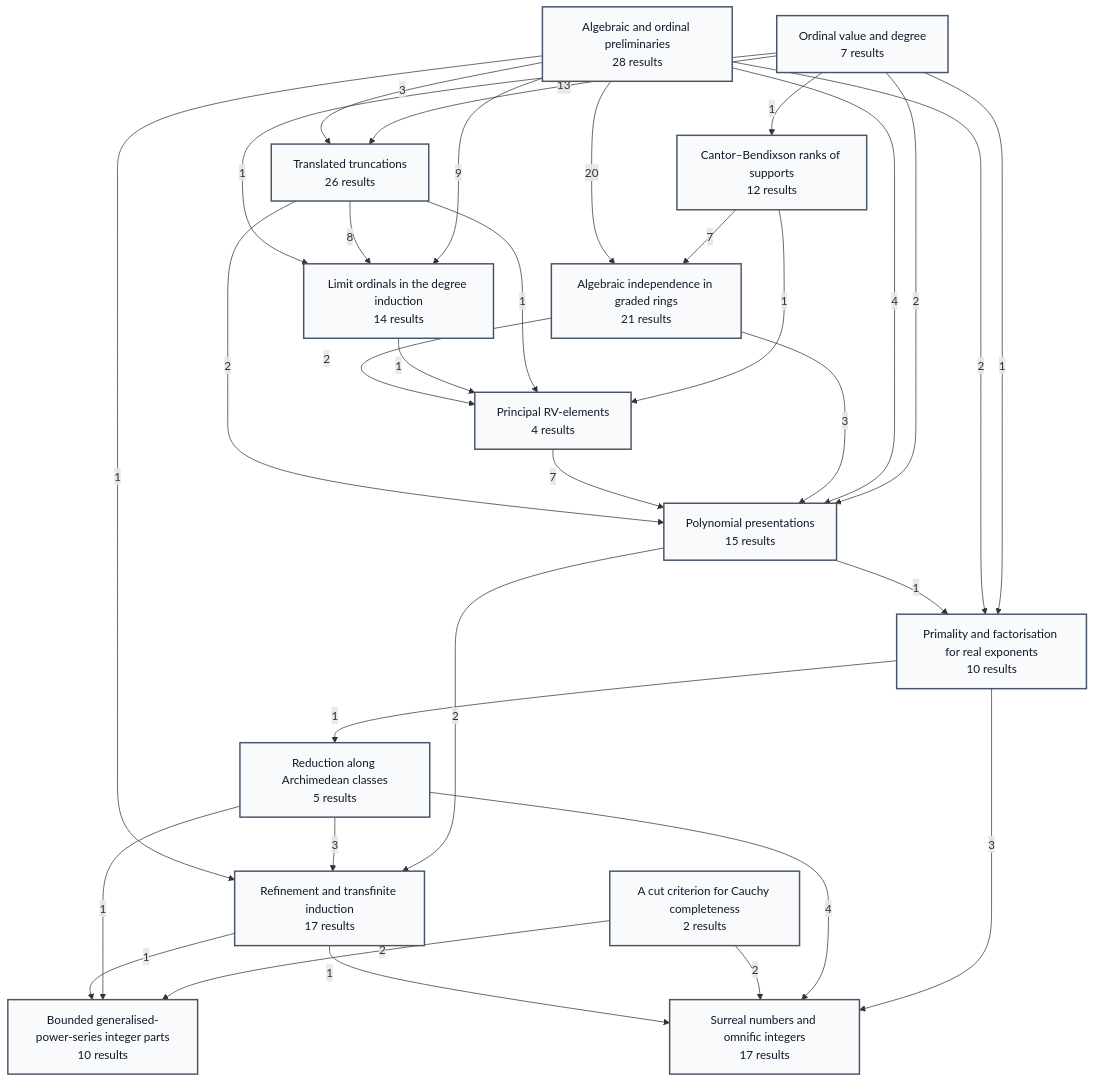
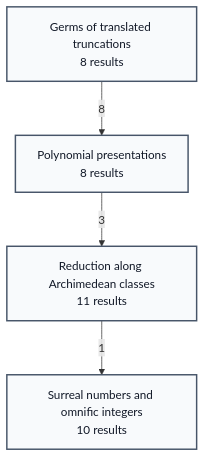
One commit to gaearon/conway-refinement changed the first of 5 diagrams in README.md. Above: the diagram before and after it, drawn with Mermaid. The commit also changed other lines of this file and 699 other files, not shown here.

````diff
--- a/README.md
+++ b/README.md
@@ -180,66 +168,18 @@
 ```mermaid
 %% Generated by scripts/blueprint.sh; do not edit.
 %% Edge labels count visible result dependencies.
 flowchart TB
-  p0["Algebraic and ordinal preliminaries<br/>28 results"]:::phase
-  p1["Ordinal value and degree<br/>7 results"]:::phase
-  p2["Cantor–Bendixson ranks of supports<br/>12 results"]:::phase
-  p3["Algebraic independence in graded rings<br/>21 results"]:::phase
-  p4["Translated truncations<br/>26 results"]:::phase
-  p5["Limit ordinals in the degree induction<br/>14 results"]:::phase
-  p6["Principal RV-elements<br/>4 results"]:::phase
-  p7["Polynomial presentations<br/>15 results"]:::phase
-  p8["Primality and factorisation for real exponents<br/>10 results"]:::phase
-  p9["Reduction along Archimedean classes<br/>5 results"]:::phase
-  p10["Refinement and transfinite induction<br/>17 results"]:::phase
-  p11["A cut criterion for Cauchy completeness<br/>2 results"]:::phase
-  p12["Bounded generalised-power-series integer parts<br/>10 results"]:::phase
-  p13["Surreal numbers and omnific integers<br/>17 results"]:::phase
-  p1 -->|"1"| p2
-  p2 -->|"7"| p3
-  p0 -->|"20"| p3
-  p1 -->|"13"| p4
-  p0 -->|"3"| p4
-  p0 -->|"9"| p5
-  p4 -->|"8"| p5
-  p1 -->|"1"| p5
-  p2 -->|"1"| p6
-  p4 -->|"1"| p6
-  p5 -->|"1"| p6
-  p3 -->|"2"| p6
-  p1 -->|"2"| p7
-  p0 -->|"4"| p7
-  p3 -->|"3"| p7
-  p6 -->|"7"| p7
-  p4 -->|"2"| p7
-  p1 -->|"1"| p8
-  p0 -->|"2"| p8
-  p7 -->|"1"| p8
-  p8 -->|"1"| p9
-  p7 -->|"2"| p10
-  p9 -->|"3"| p10
-  p0 -->|"1"| p10
-  p11 -->|"2"| p12
-  p9 -->|"1"| p12
-  p10 -->|"1"| p12
-  p8 -->|"3"| p13
-  p9 -->|"4"| p13
-  p11 -->|"2"| p13
-  p10 -->|"1"| p13
-  click p0 "https://gaearon.github.io/conway-refinement/#/chapter/preliminaries" "Open Algebraic and ordinal preliminaries"
-  click p1 "https://gaearon.github.io/conway-refinement/#/chapter/ordinal-value" "Open Ordinal value and degree"
-  click p2 "https://gaearon.github.io/conway-refinement/#/chapter/cantor-bendixson-ranks" "Open Cantor–Bendixson ranks of supports"
-  click p3 "https://gaearon.github.io/conway-refinement/#/chapter/associated-graded-algebraic-independence" "Open Algebraic independence in graded rings"
-  click p4 "https://gaearon.github.io/conway-refinement/#/chapter/translated-truncations" "Open Translated truncations"
-  click p5 "https://gaearon.github.io/conway-refinement/#/chapter/limit-degree" "Open Limit ordinals in the degree induction"
-  click p6 "https://gaearon.github.io/conway-refinement/#/chapter/principal-rv-algebraic-independence" "Open Principal RV-elements"
-  click p7 "https://gaearon.github.io/conway-refinement/#/chapter/polynomial-presentations" "Open Polynomial presentations"
-  click p8 "https://gaearon.github.io/conway-refinement/#/chapter/real-exponent-primality" "Open Primality and factorisation for real exponents"
-  click p9 "https://gaearon.github.io/conway-refinement/#/chapter/finite-archimedean-support" "Open Reduction along Archimedean classes"
-  click p10 "https://gaearon.github.io/conway-refinement/#/chapter/archimedean-class-refinement" "Open Refinement and transfinite induction"
-  click p11 "https://gaearon.github.io/conway-refinement/#/chapter/cauchy-completeness" "Open A cut criterion for Cauchy completeness"
-  click p12 "https://gaearon.github.io/conway-refinement/#/chapter/bounded-integer-parts" "Open Bounded generalised-power-series integer parts"
-  click p13 "https://gaearon.github.io/conway-refinement/#/chapter/conway-refinement" "Open Surreal numbers and omnific integers"
+  p0["Germs of translated truncations<br/>8 results"]:::phase
+  p1["Polynomial presentations<br/>8 results"]:::phase
+  p2["Reduction along Archimedean classes<br/>11 results"]:::phase
+  p3["Surreal numbers and omnific integers<br/>10 results"]:::phase
+  p0 -->|"8"| p1
+  p1 -->|"3"| p2
+  p2 -->|"1"| p3
+  click p0 "https://gaearon.github.io/conway-refinement/#/chapter/germs" "Open Germs of translated truncations"
+  click p1 "https://gaearon.github.io/conway-refinement/#/chapter/polynomial-presentations" "Open Polynomial presentations"
+  click p2 "https://gaearon.github.io/conway-refinement/#/chapter/archimedean-reduction" "Open Reduction along Archimedean classes"
+  click p3 "https://gaearon.github.io/conway-refinement/#/chapter/conway-refinement" "Open Surreal numbers and omnific integers"
 
   classDef phase fill:#f8fafc,stroke:#475569,stroke-width:2px,color:#111827
 ```
````
